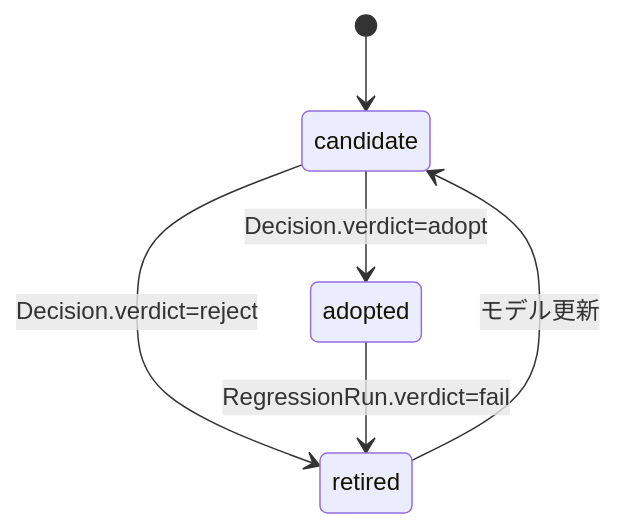
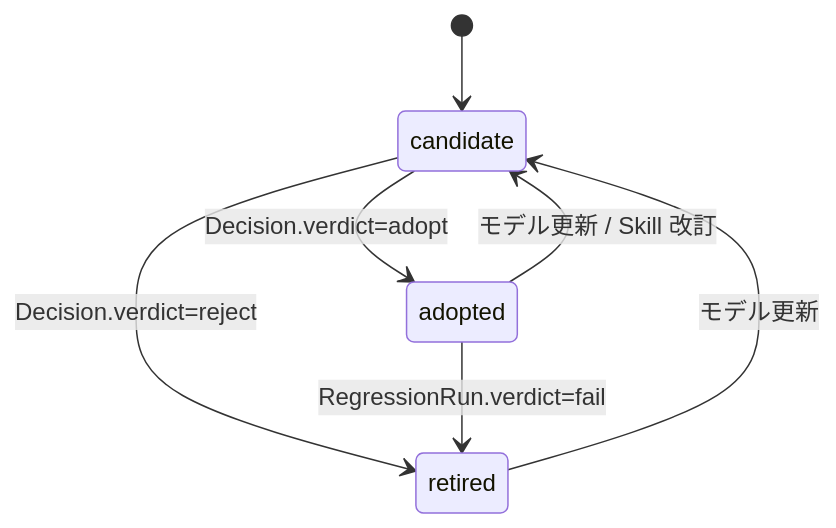
Before and after one commit to suwa-sh/zenn-contents: diagram 12 of 14 in articles/skill-adoption-ab-eval-harness_20260720.md, drawn with Mermaid. The commit also changed other lines of this file, not shown here.

````diff
--- a/articles/skill-adoption-ab-eval-harness_20260720.md
+++ b/articles/skill-adoption-ab-eval-harness_20260720.md
@@ -745,8 +745,9 @@
 ```mermaid
 stateDiagram-v2
     [*] --> candidate
     candidate --> adopted : Decision.verdict=adopt
     candidate --> retired : Decision.verdict=reject
     adopted --> retired : RegressionRun.verdict=fail
+    adopted --> candidate : モデル更新 / Skill 改訂
     retired --> candidate : モデル更新
 ```
````
